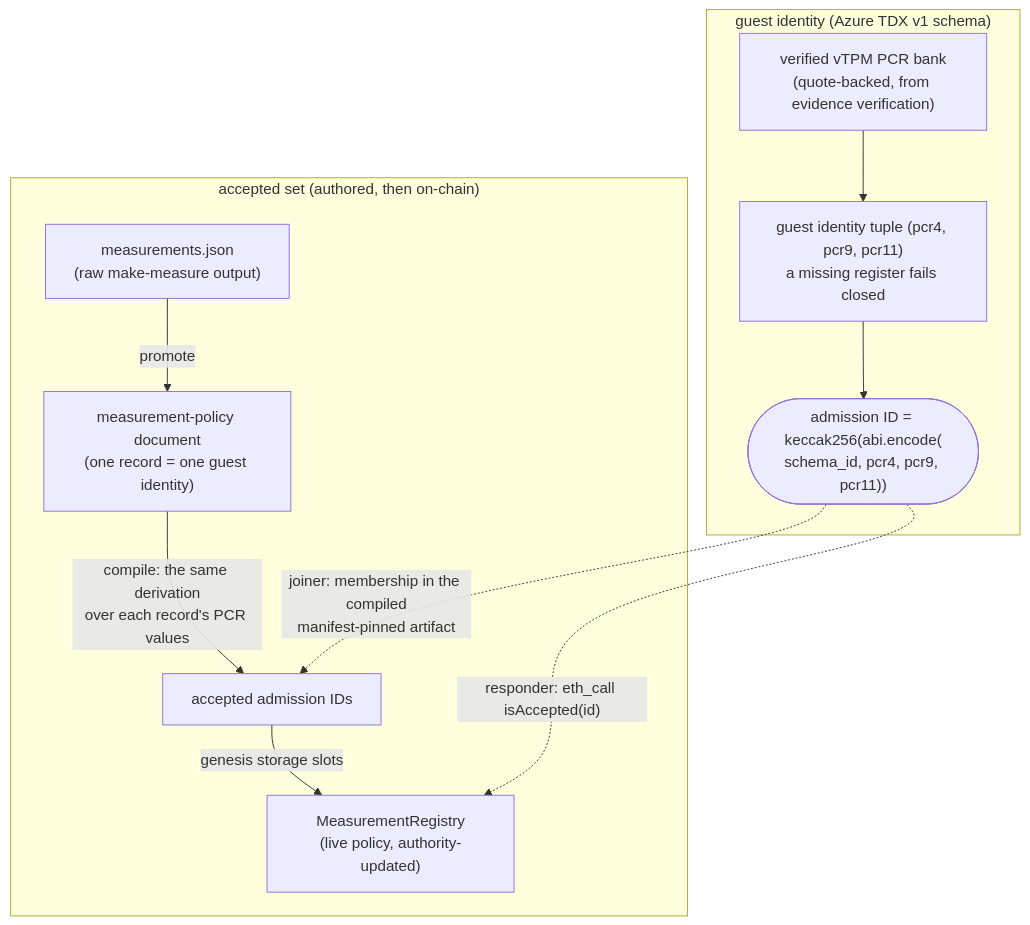
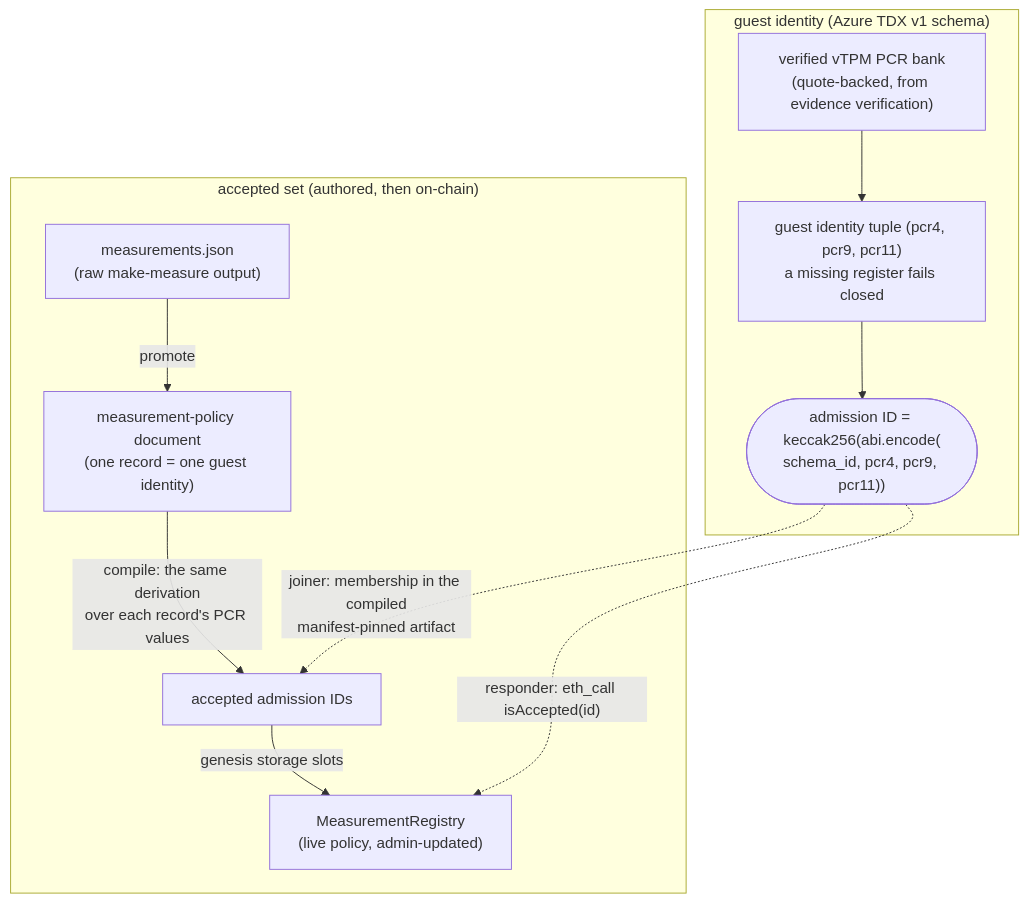
The diagram in crates/measurement-admission/README.md (SeismicSystems/enclave), drawn with Mermaid before and after one commit. The commit also changed other lines of this file and 20 other files, not shown here.

First line of the commit message:
feat(measurement-admission)!: registry admin in genesis storage (#299)

````diff
--- a/crates/measurement-admission/README.md
+++ b/crates/measurement-admission/README.md
@@ -24,22 +24,22 @@
 ```mermaid
 flowchart TD
     subgraph identity ["guest identity (Azure TDX v1 schema)"]
         pcrs["verified vTPM PCR bank<br/>(quote-backed, from evidence verification)"]
         tuple["guest identity tuple (pcr4, pcr9, pcr11)<br/>a missing register fails closed"]
         id(["admission ID = keccak256(abi.encode(<br/>schema_id, pcr4, pcr9, pcr11))"])
         pcrs --> tuple --> id
     end
 
     subgraph set ["accepted set (authored, then on-chain)"]
         raw["measurements.json<br/>(raw make-measure output)"]
         doc["measurement-policy document<br/>(one record = one guest identity)"]
         ids["accepted admission IDs"]
-        reg["MeasurementRegistry<br/>(live policy, authority-updated)"]
+        reg["MeasurementRegistry<br/>(live policy, admin-updated)"]
         raw -- "promote" --> doc
         doc -- "compile: the same derivation<br/>over each record's PCR values" --> ids
         ids -- "genesis storage slots" --> reg
     end
 
     id -. "responder: eth_call isAccepted(id)" .-> reg
     id -. "joiner: membership in the compiled<br/>manifest-pinned artifact" .-> ids
 ```
````
